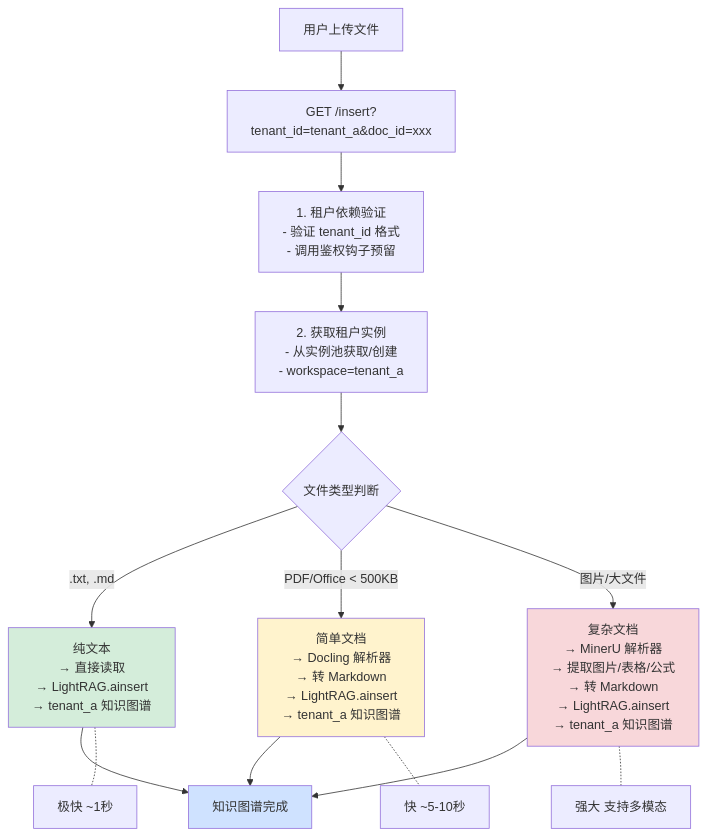
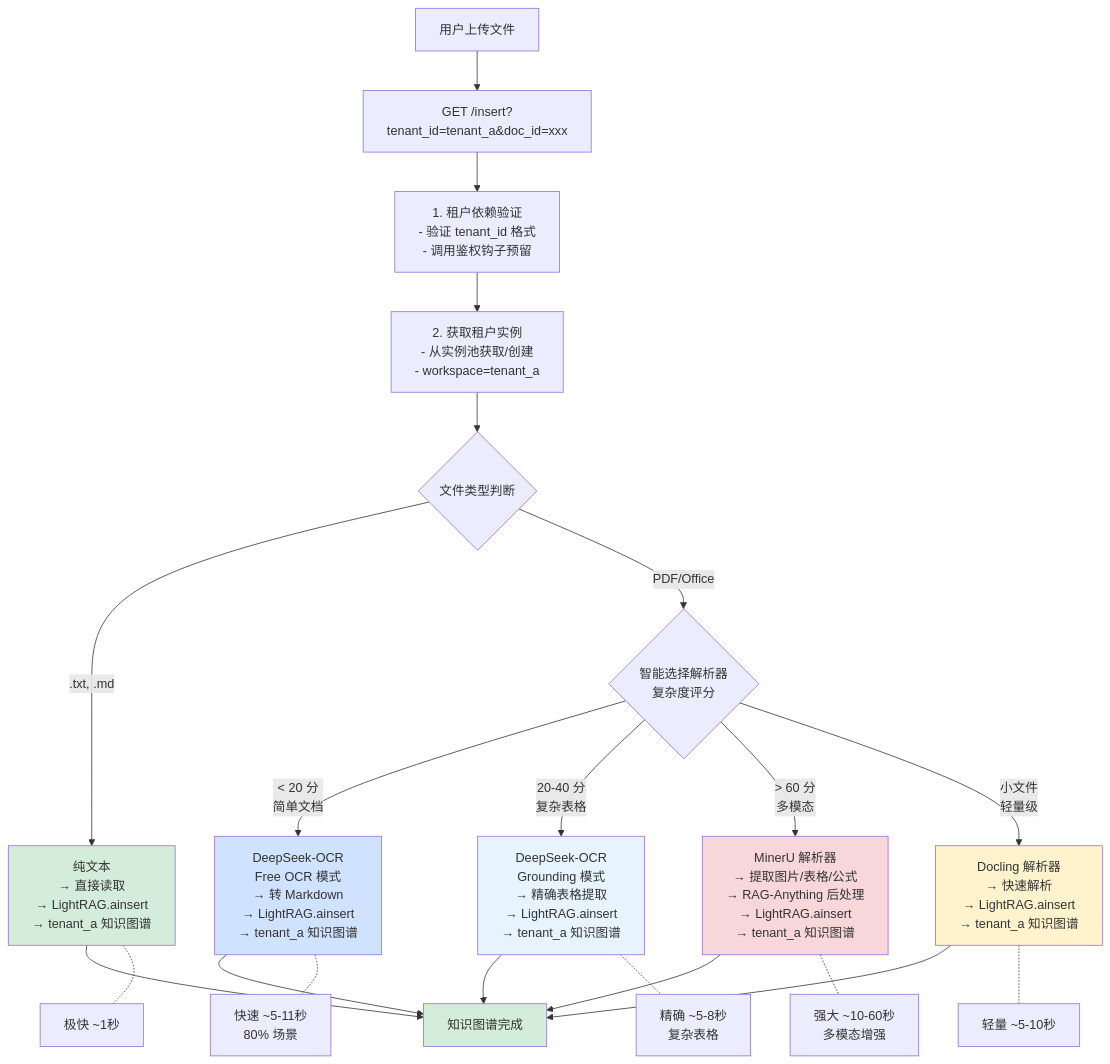
Before and after one commit to BukeLy/rag-api: the third of 8 diagrams in docs/ARCHITECTURE.md, drawn with Mermaid. The commit also changed other lines of this file and 1 other file, not shown here.

Commit message:
docs: 更新架构文档以反映 DeepSeek-OCR 和解析器选择的改进
- 在 README.md 中更新解析器描述，添加 DeepSeek-OCR 和 MinerU 的详细信息。
- 在 ARCHITECTURE.md 中调整解析器选择逻辑，基于复杂度评分智能选择解析器，明确各解析器的适用场景和性能。
- 增强文档中的流程图，突出新解析器的优势和处理时间。

````diff
--- a/docs/ARCHITECTURE.md
+++ b/docs/ARCHITECTURE.md
@@ -101,28 +103,40 @@
 ```mermaid
 flowchart TD
     A[用户上传文件] --> B[GET /insert?tenant_id=tenant_a&doc_id=xxx]
     B --> C[1. 租户依赖验证<br/>- 验证 tenant_id 格式<br/>- 调用鉴权钩子预留]
     C --> D[2. 获取租户实例<br/>- 从实例池获取/创建<br/>- workspace=tenant_a]
     D --> E{文件类型判断}
 
     E -->|.txt, .md| F1[纯文本<br/>→ 直接读取<br/>→ LightRAG.ainsert<br/>→ tenant_a 知识图谱]
-    E -->|PDF/Office < 500KB| F2[简单文档<br/>→ Docling 解析器<br/>→ 转 Markdown<br/>→ LightRAG.ainsert<br/>→ tenant_a 知识图谱]
-    E -->|图片/大文件| F3[复杂文档<br/>→ MinerU 解析器<br/>→ 提取图片/表格/公式<br/>→ 转 Markdown<br/>→ LightRAG.ainsert<br/>→ tenant_a 知识图谱]
+    E -->|PDF/Office| F0{智能选择解析器<br/>复杂度评分}
+
+    F0 -->|< 20 分<br/>简单文档| F2[DeepSeek-OCR<br/>Free OCR 模式<br/>→ 转 Markdown<br/>→ LightRAG.ainsert<br/>→ tenant_a 知识图谱]
+    F0 -->|20-40 分<br/>复杂表格| F3[DeepSeek-OCR<br/>Grounding 模式<br/>→ 精确表格提取<br/>→ LightRAG.ainsert<br/>→ tenant_a 知识图谱]
+    F0 -->|> 60 分<br/>多模态| F4[MinerU 解析器<br/>→ 提取图片/表格/公式<br/>→ RAG-Anything 后处理<br/>→ LightRAG.ainsert<br/>→ tenant_a 知识图谱]
+    F0 -->|小文件<br/>轻量级| F5[Docling 解析器<br/>→ 快速解析<br/>→ LightRAG.ainsert<br/>→ tenant_a 知识图谱]
 
     F1 --> G[知识图谱完成]
     F2 --> G
     F3 --> G
+    F4 --> G
+    F5 --> G
 
     style F1 fill:#d4edda
-    style F2 fill:#fff3cd
-    style F3 fill:#f8d7da
-    style G fill:#cfe2ff
+    style F2 fill:#cfe2ff
+    style F3 fill:#e7f3ff
+    style F4 fill:#f8d7da
+    style F5 fill:#fff3cd
+    style G fill:#d4edda
 
     note1[极快 ~1秒]
-    note2[快 ~5-10秒]
-    note3[强大 支持多模态]
+    note2[快速 ~5-11秒<br/>80% 场景]
+    note3[精确 ~5-8秒<br/>复杂表格]
+    note4[强大 ~10-60秒<br/>多模态增强]
+    note5[轻量 ~5-10秒]
 
     F1 -.- note1
     F2 -.- note2
     F3 -.- note3
+    F4 -.- note4
+    F5 -.- note5
 ```
````
